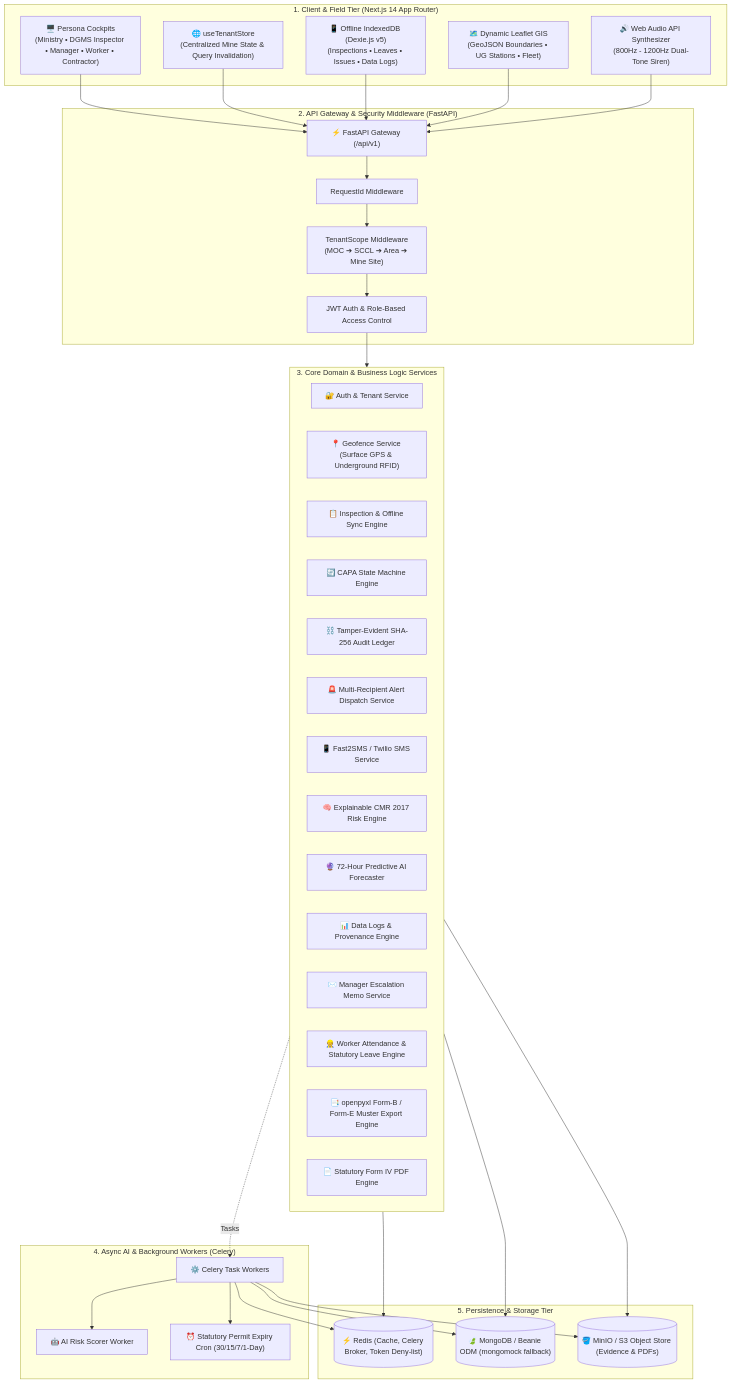
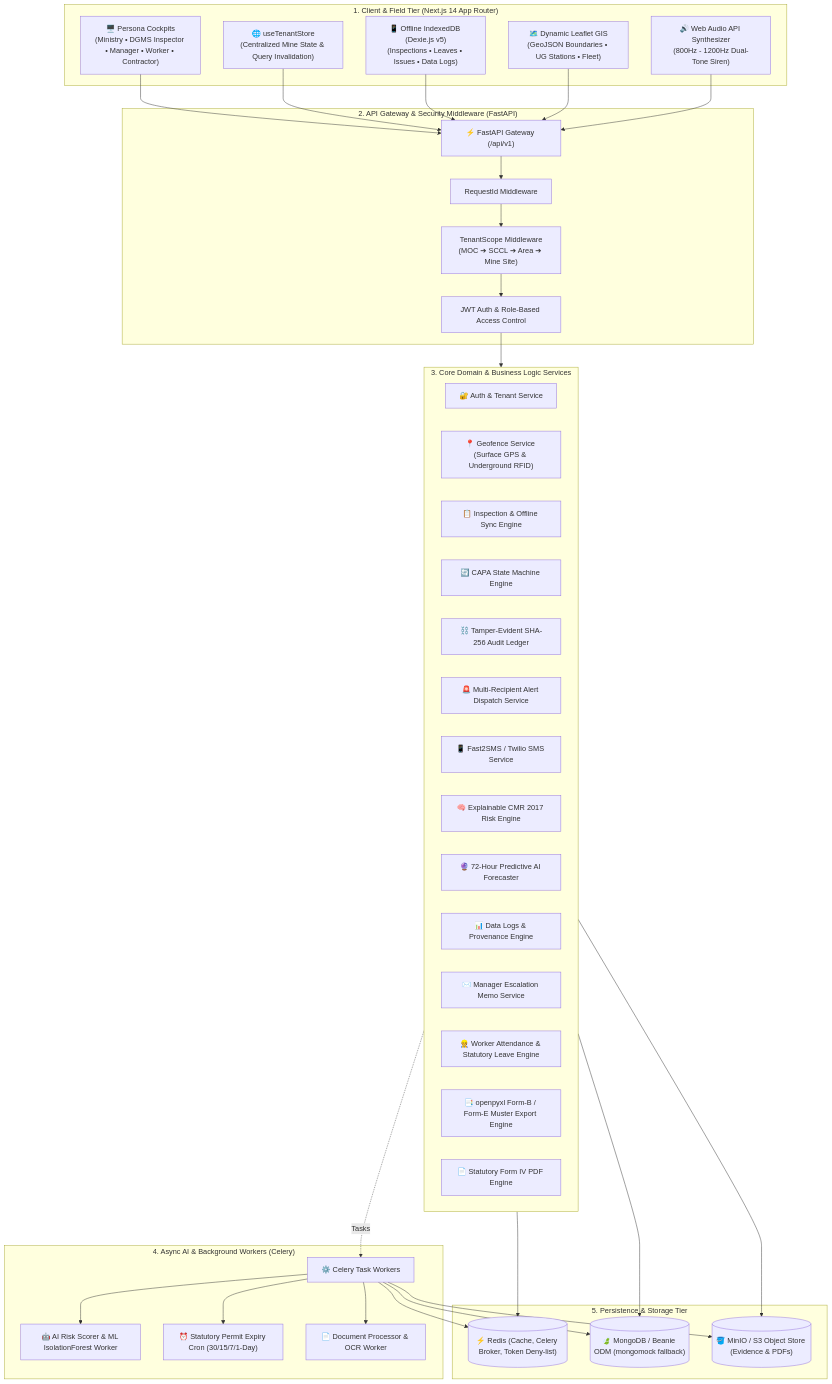
One commit to Tejaswini2416/ai_coal_goverance changed the diagram in README.md. Above: the diagram before and after it, drawn with Mermaid. The commit also changed other lines of this file and 9 other files, not shown here.

````diff
--- a/README.md
+++ b/README.md
@@ -102,53 +119,54 @@
 ```mermaid
 flowchart TB
     subgraph CLIENT_TIER["1. Client & Field Tier (Next.js 14 App Router)"]
         WEB["🖥️ Persona Cockpits\n(Ministry • DGMS Inspector • Manager • Worker • Contractor)"]
         TENANT_STORE["🌐 useTenantStore\n(Centralized Mine State & Query Invalidation)"]
         OFFLINE_DB["📱 Offline IndexedDB (Dexie.js v5)\n(Inspections • Leaves • Issues • Data Logs)"]
         LEAFLET_GIS["🗺️ Dynamic Leaflet GIS\n(GeoJSON Boundaries • UG Stations • Fleet)"]
         WEB_AUDIO["🔊 Web Audio API Synthesizer\n(800Hz - 1200Hz Dual-Tone Siren)"]
     end
 
     subgraph GATEWAY_TIER["2. API Gateway & Security Middleware (FastAPI)"]
         API_GATEWAY["⚡ FastAPI Gateway (/api/v1)"]
         MID_REQ["RequestId Middleware"]
         MID_TENANT["TenantScope Middleware\n(MOC ➔ SCCL ➔ Area ➔ Mine Site)"]
         MID_AUTH["JWT Auth & Role-Based Access Control"]
     end
 
     subgraph SERVICE_TIER["3. Core Domain & Business Logic Services"]
         AUTH_SRV["🔐 Auth & Tenant Service"]
         GEO_SRV["📍 Geofence Service (Surface GPS & Underground RFID)"]
         INSP_SRV["📋 Inspection & Offline Sync Engine"]
         CAPA_SRV["🔄 CAPA State Machine Engine"]
         AUDIT_SRV["⛓️ Tamper-Evident SHA-256 Audit Ledger"]
         ALERT_SRV["🚨 Multi-Recipient Alert Dispatch Service"]
         SMS_SRV["📱 Fast2SMS / Twilio SMS Service"]
         RISK_SRV["🧠 Explainable CMR 2017 Risk Engine"]
         PRED_SRV["🔮 72-Hour Predictive AI Forecaster"]
         LOGS_SRV["📊 Data Logs & Provenance Engine"]
         ESCAL_SRV["✉️ Manager Escalation Memo Service"]
         ATTEND_SRV["👷 Worker Attendance & Statutory Leave Engine"]
         EXCEL_SRV["📑 openpyxl Form-B / Form-E Muster Export Engine"]
         PDF_SRV["📄 Statutory Form IV PDF Engine"]
     end
 
     subgraph WORKER_TIER["4. Async AI & Background Workers (Celery)"]
         CELERY["⚙️ Celery Task Workers"]
-        AI_RISK["🤖 AI Risk Scorer Worker"]
+        AI_RISK["🤖 AI Risk Scorer & ML IsolationForest Worker"]
         COMP_CRON["⏰ Statutory Permit Expiry Cron (30/15/7/1-Day)"]
+        DOC_OCR["📄 Document Processor & OCR Worker"]
     end
 
     subgraph DATA_TIER["5. Persistence & Storage Tier"]
         REDIS[("⚡ Redis (Cache, Celery Broker, Token Deny-list)")]
         MONGO[("🍃 MongoDB / Beanie ODM (mongomock fallback)")]
         MINIO[("🪣 MinIO / S3 Object Store (Evidence & PDFs)")]
     end
 
     WEB & TENANT_STORE & OFFLINE_DB & LEAFLET_GIS & WEB_AUDIO --> API_GATEWAY
     API_GATEWAY --> MID_REQ --> MID_TENANT --> MID_AUTH
     MID_AUTH --> SERVICE_TIER
     SERVICE_TIER -. Tasks .-> CELERY
-    CELERY --> AI_RISK & COMP_CRON
+    CELERY --> AI_RISK & COMP_CRON & DOC_OCR
     SERVICE_TIER & CELERY --> REDIS & MONGO & MINIO
 ```
````
